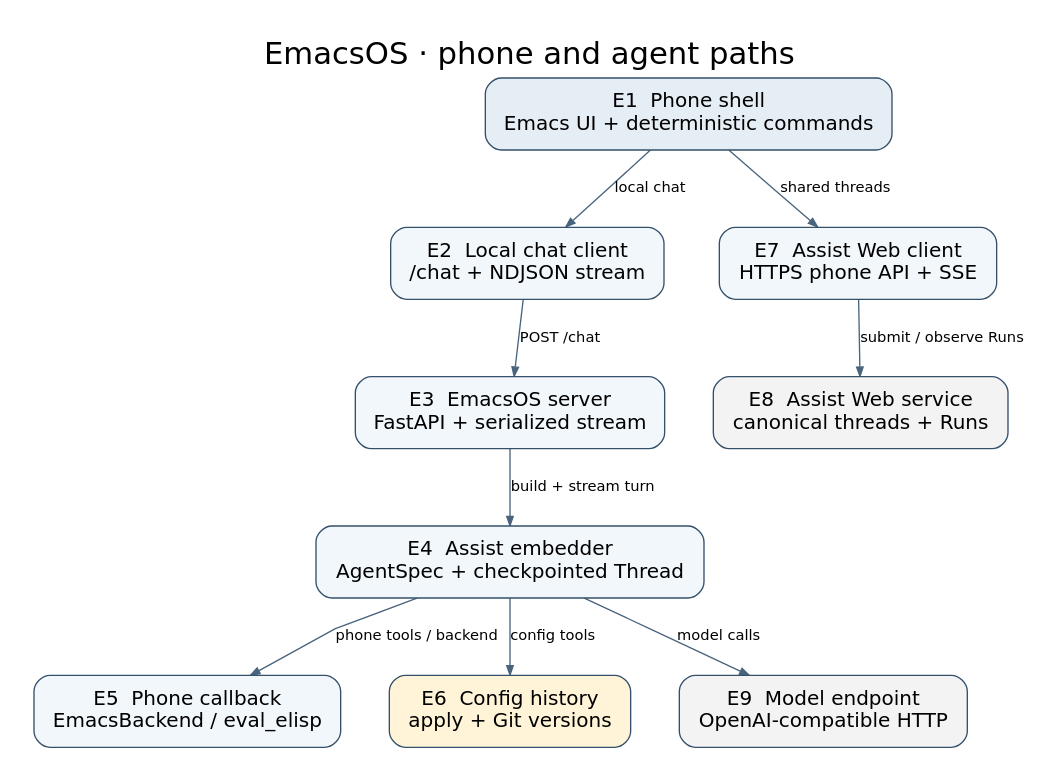
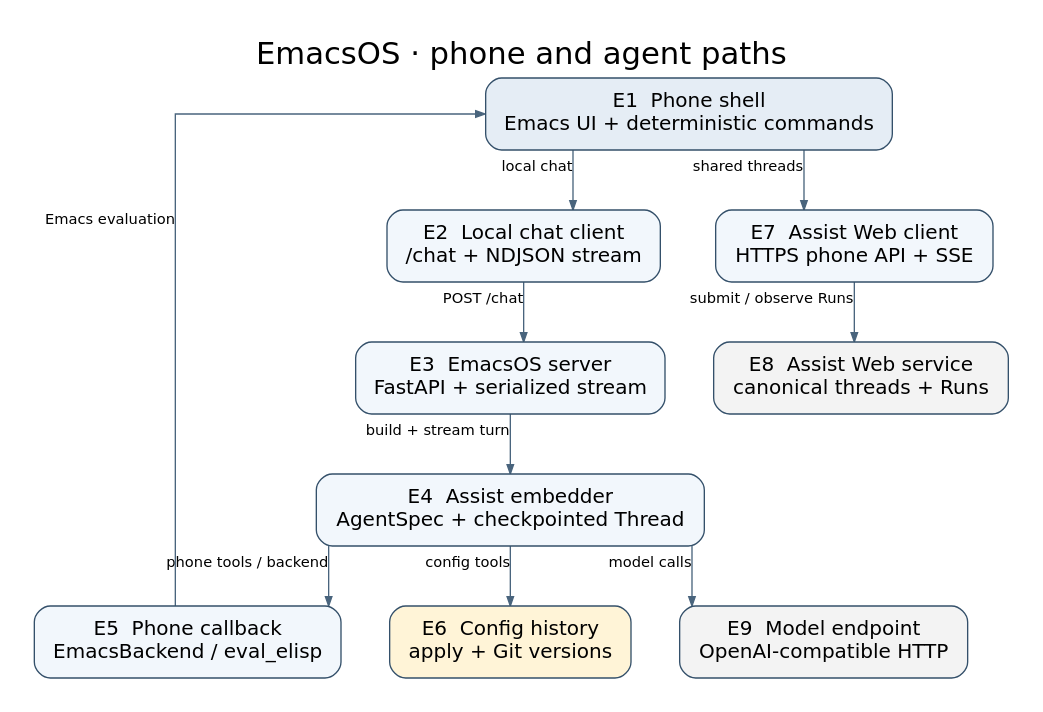
Before and after one commit to pierrel/emacsos: the diagram in docs/architecture.dot, drawn with Graphviz. The commit also changed 4 other files, not shown here.

```diff
--- a/docs/architecture.dot
+++ b/docs/architecture.dot
@@ -1,31 +1,32 @@
 digraph EmacsOS {
   graph [label="EmacsOS · phone and agent paths", labelloc=t,
          fontname="DejaVu Sans", fontsize=23, bgcolor="white",
          rankdir=TB, pad=0.25, nodesep=0.5, ranksep=0.62,
-         splines=polyline, outputorder=edgesfirst];
+         splines=ortho, outputorder=edgesfirst];
   node [shape=box, style="rounded,filled", color="#34506a",
         fillcolor="#f2f7fc", fontname="DejaVu Sans", fontsize=15,
         margin="0.19,0.14"];
   edge [fontname="DejaVu Sans", fontsize=11, color="#49647d",
         arrowsize=0.7];
 
   E1 [label="E1  Phone shell\nEmacs UI + deterministic commands",
       fillcolor="#e5edf5"];
   E2 [label="E2  Local chat client\n/chat + NDJSON stream"];
   E3 [label="E3  EmacsOS server\nFastAPI + serialized stream"];
   E4 [label="E4  Assist embedder\nAgentSpec + checkpointed Thread"];
   E5 [label="E5  Phone callback\nEmacsBackend / eval_elisp"];
   E6 [label="E6  Config history\napply + Git versions", fillcolor="#fff4d7"];
   E7 [label="E7  Assist Web client\nHTTPS phone API + SSE"];
   E8 [label="E8  Assist Web service\ncanonical threads + Runs", fillcolor="#f3f3f3"];
   E9 [label="E9  Model endpoint\nOpenAI-compatible HTTP", fillcolor="#f3f3f3"];
 
-  E1 -> E2 [label="local chat"];
-  E2 -> E3 [label="POST /chat"];
-  E3 -> E4 [label="build + stream turn"];
-  E4 -> E5 [label="phone tools / backend"];
-  E4 -> E6 [label="config tools"];
-  E4 -> E9 [label="model calls"];
-  E1 -> E7 [label="shared threads"];
-  E7 -> E8 [label="submit / observe Runs"];
+  E1 -> E2 [xlabel="local chat"];
+  E2 -> E3 [xlabel="POST /chat"];
+  E3 -> E4 [xlabel="build + stream turn"];
+  E4 -> E5 [xlabel="phone tools / backend"];
+  E5:w -> E1:w [xlabel="Emacs evaluation", constraint=false];
+  E4 -> E6 [xlabel="config tools"];
+  E4 -> E9 [xlabel="model calls"];
+  E1 -> E7 [xlabel="shared threads"];
+  E7 -> E8 [xlabel="submit / observe Runs"];
 }
```
